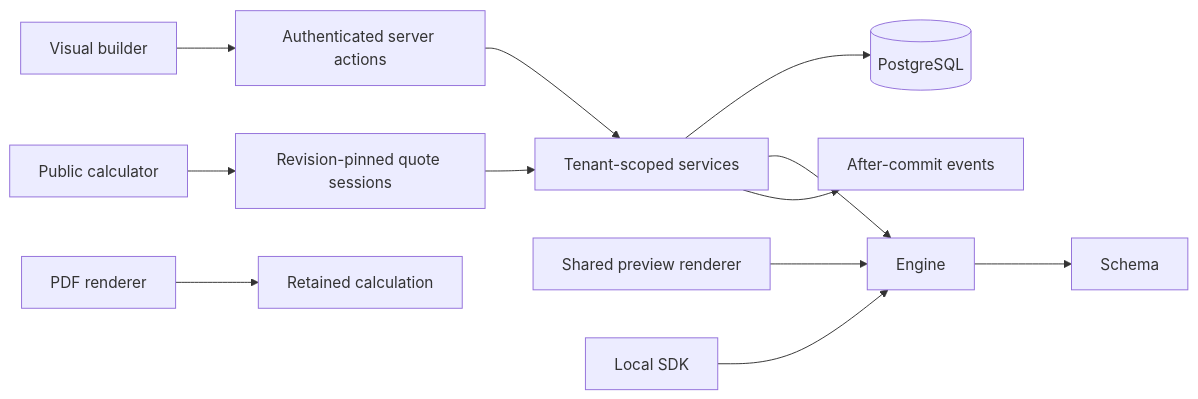
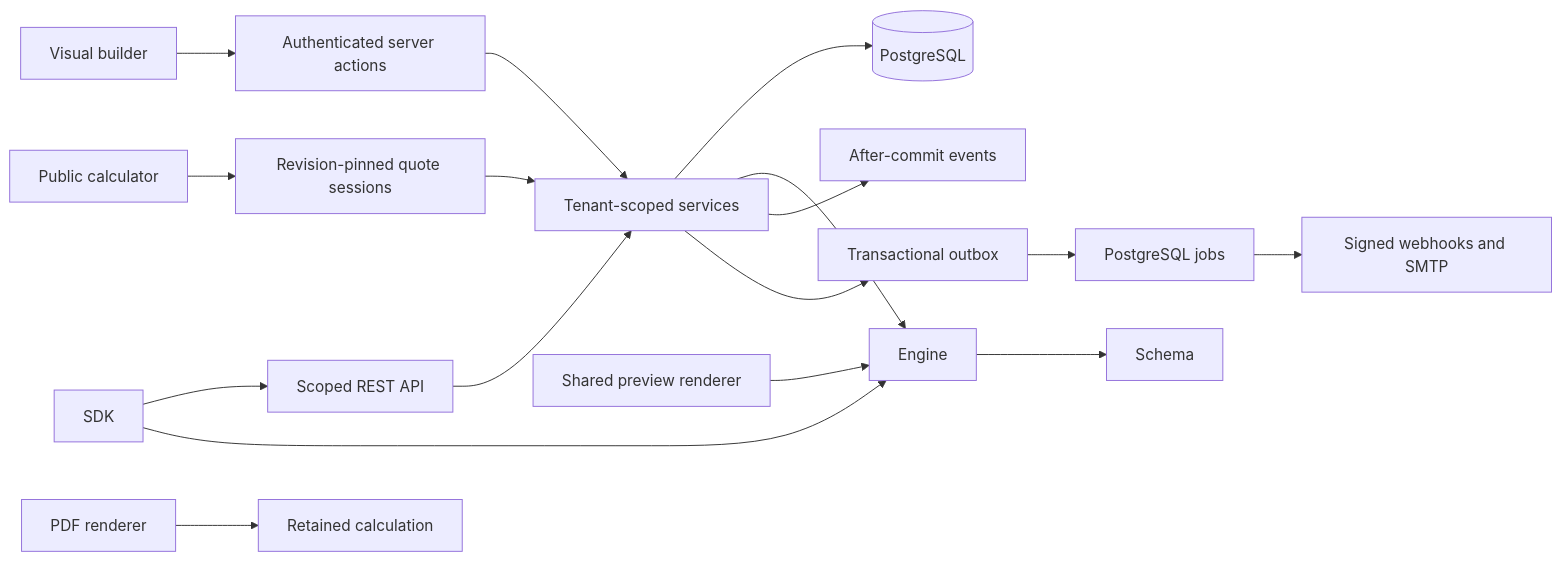
The diagram in docs/architecture/overview.md (ReVG08/OpenQuoteStack), drawn with Mermaid before and after one commit. The commit also changed other lines of this file and 74 other files, not shown here.

````diff
--- a/docs/architecture/overview.md
+++ b/docs/architecture/overview.md
@@ -7,14 +7,19 @@
 ```mermaid
 flowchart LR
   Builder[Visual builder] --> Actions[Authenticated server actions]
   Actions --> Services[Tenant-scoped services]
   Public[Public calculator] --> Sessions[Revision-pinned quote sessions]
   Sessions --> Services
   Services --> DB[(PostgreSQL)]
   Services --> Engine[Engine]
   Engine --> Schema[Schema]
   Services --> Events[After-commit events]
   Preview[Shared preview renderer] --> Engine
-  SDK[Local SDK] --> Engine
+  SDK[SDK] --> API[Scoped REST API]
+  API --> Services
+  SDK --> Engine
+  Services --> Outbox[Transactional outbox]
+  Outbox --> Jobs[PostgreSQL jobs]
+  Jobs --> Integrations[Signed webhooks and SMTP]
   PDF[PDF renderer] --> Retained[Retained calculation]
 ```
````
